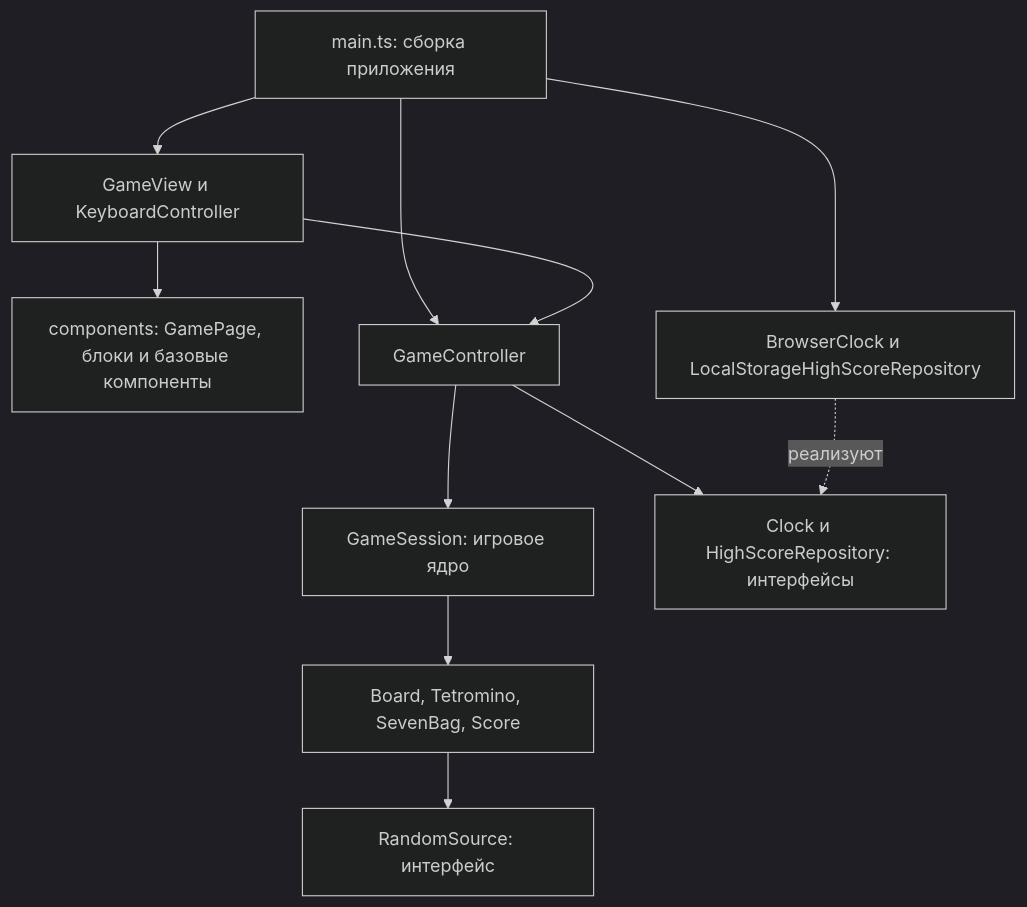
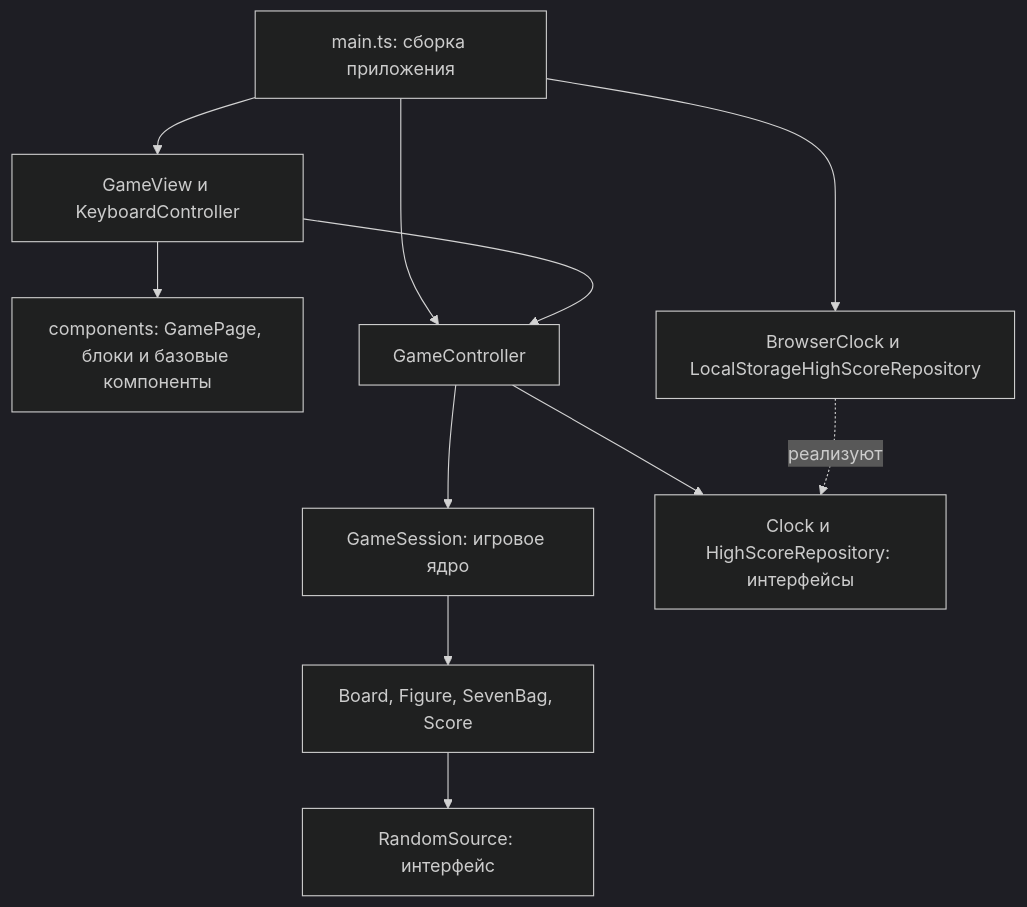
One commit to amedvedevx/tetris-oop changed the diagram in docs/architecture.md. Above: the diagram before and after it, drawn with Mermaid (dark theme). The commit also changed other lines of this file and 19 other files, not shown here.

First line of the commit message:
refactor: introduce an abstract figure hierarchy

````diff
--- a/docs/architecture.md
+++ b/docs/architecture.md
@@ -38,13 +38,13 @@
 ```mermaid
 flowchart TD
     Bootstrap[main.ts: сборка приложения] --> UI[GameView и KeyboardController]
     UI --> Components[components: GamePage, блоки и базовые компоненты]
     Bootstrap --> Adapters[BrowserClock и LocalStorageHighScoreRepository]
     Bootstrap --> App[GameController]
     UI --> App
     App --> Domain[GameSession: игровое ядро]
     App --> Ports[Clock и HighScoreRepository: интерфейсы]
     Adapters -. реализуют .-> Ports
-    Domain --> Models[Board, Tetromino, SevenBag, Score]
+    Domain --> Models[Board, Figure, SevenBag, Score]
     Models --> Random[RandomSource: интерфейс]
 ```
````
